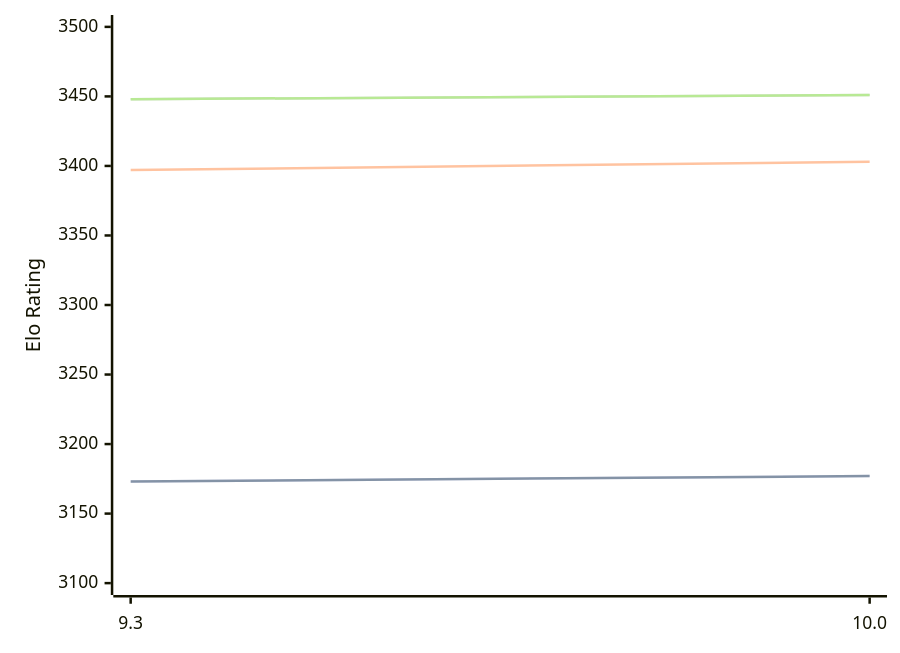
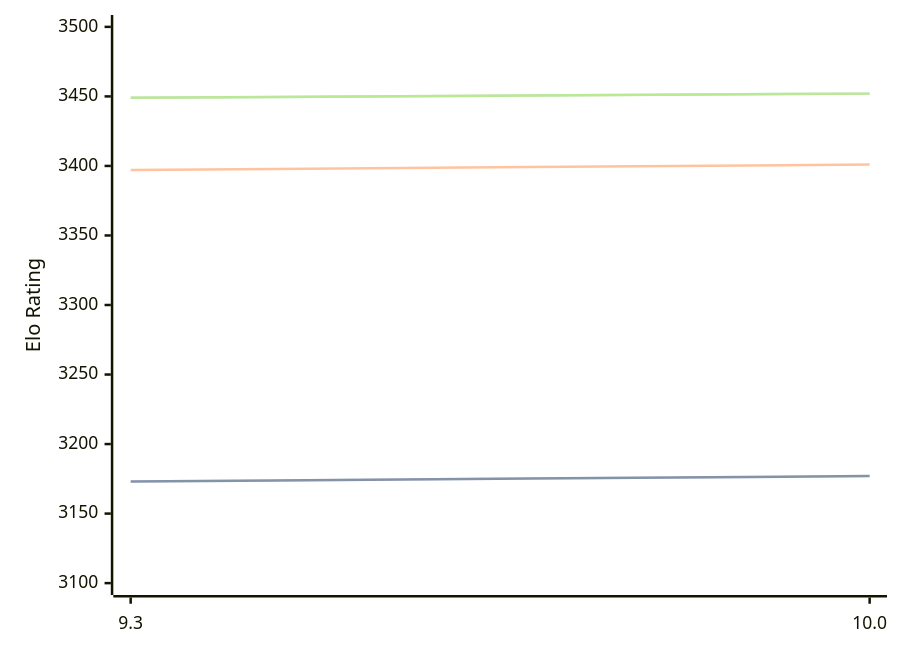
One commit to computer-chess-index/cci changed the diagram in engines/Fire.md. Above: the diagram before and after it, drawn with Mermaid. The commit also changed other lines of this file, not shown here.

Commit message:
Update CCI Ratings (ELO VLTC) - 2026-03-28

````diff
--- a/engines/Fire.md
+++ b/engines/Fire.md
@@ -47,11 +47,11 @@
 ```mermaid
 %%{init: {"theme":"base","themeVariables":{"seriesColors:['#a3a3a3','#222221','#faa371']}}}%%
 xychart-beta
   x-axis ["9.3", "10.0"]
   y-axis "Elo Rating" 3100 --> 3500
   line "STC (8.0+0.08s)" [3173, 3177]
   line "STC (8.0+0.08s)" [3173, 3177]
-  line "LTC (60.0+0.60s)" [3397, 3403]
-  line "VLTC (2m24s+1.12s)" [3448, 3451]
-  line "VLTC (2m24s+1.12s)" [3448, 3451]
+  line "LTC (60.0+0.60s)" [3397, 3401]
+  line "VLTC (2m24s+1.12s)" [3449, 3452]
+  line "VLTC (2m24s+1.12s)" [3449, 3452]
 ```
````
